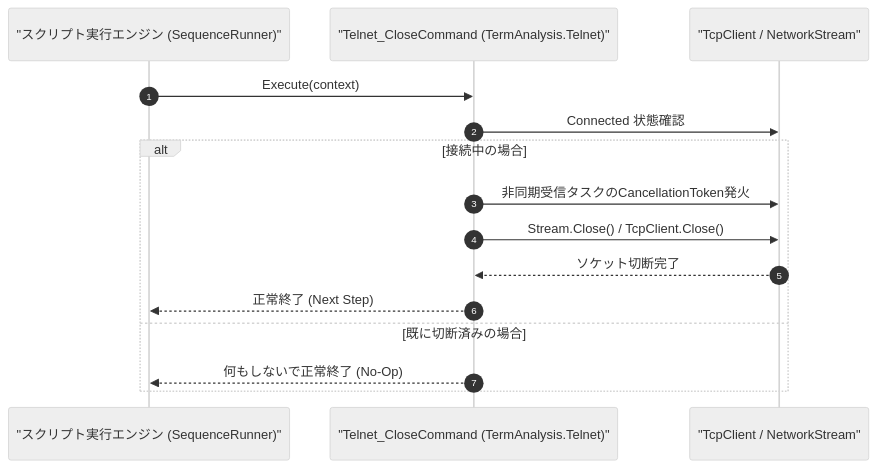
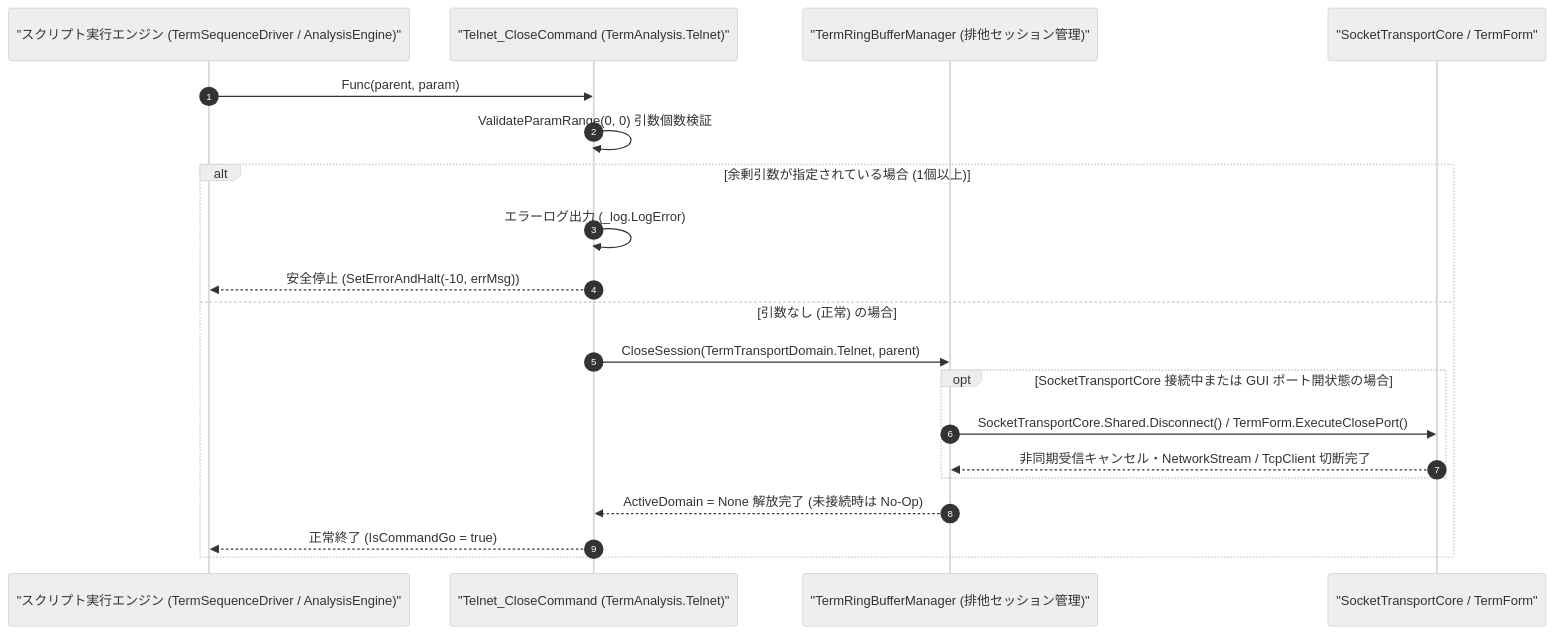
The diagram in Manual/Telnet/Telnet_Close.Md (Monaca-App/TermAddIn), drawn with Mermaid (neutral theme) before and after one commit. The commit also changed other lines of this file and 157 other files, not shown here.

````diff
--- a/Manual/Telnet/Telnet_Close.Md
+++ b/Manual/Telnet/Telnet_Close.Md
@@ -65,18 +66,23 @@
 ```mermaid
 sequenceDiagram
     autonumber
-    participant Script as "スクリプト実行エンジン (SequenceRunner)"
+    participant Script as "スクリプト実行エンジン (TermSequenceDriver / AnalysisEngine)"
     participant Cmd as "Telnet_CloseCommand (TermAnalysis.Telnet)"
-    participant Sock as "TcpClient / NetworkStream"
+    participant Buf as "TermRingBufferManager (排他セッション管理)"
+    participant Sock as "SocketTransportCore / TermForm"
 
-    Script->>Cmd: Execute(context)
-    Cmd->>Sock: Connected 状態確認
-    alt 接続中の場合
-        Cmd->>Sock: 非同期受信タスクのCancellationToken発火
-        Cmd->>Sock: Stream.Close() / TcpClient.Close()
-        Sock-->>Cmd: ソケット切断完了
-        Cmd-->>Script: 正常終了 (Next Step)
-    else 既に切断済みの場合
-        Cmd-->>Script: 何もしないで正常終了 (No-Op)
+    Script->>Cmd: Func(parent, param)
+    Cmd->>Cmd: ValidateParamRange(0, 0) 引数個数検証
+    alt 余剰引数が指定されている場合 (1個以上)
+        Cmd->>Cmd: エラーログ出力 (_log.LogError)
+        Cmd-->>Script: 安全停止 (SetErrorAndHalt(-10, errMsg))
+    else 引数なし (正常) の場合
+        Cmd->>Buf: CloseSession(TermTransportDomain.Telnet, parent)
+        opt SocketTransportCore 接続中または GUI ポート開状態の場合
+            Buf->>Sock: SocketTransportCore.Shared.Disconnect() / TermForm.ExecuteClosePort()
+            Sock-->>Buf: 非同期受信キャンセル・NetworkStream / TcpClient 切断完了
+        end
+        Buf-->>Cmd: ActiveDomain = None 解放完了 (未接続時は No-Op)
+        Cmd-->>Script: 正常終了 (IsCommandGo = true)
     end
 ```
````
